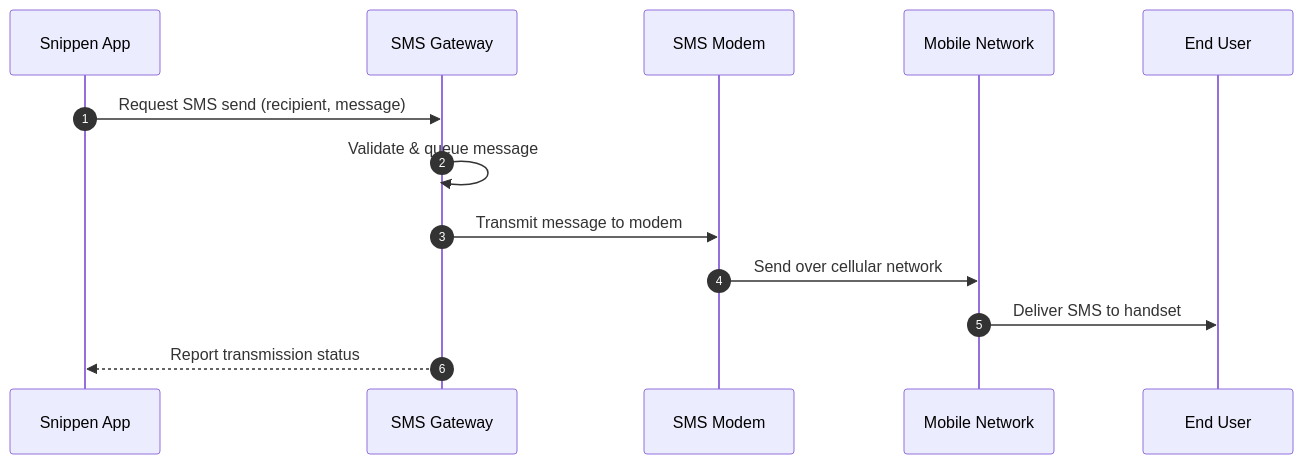
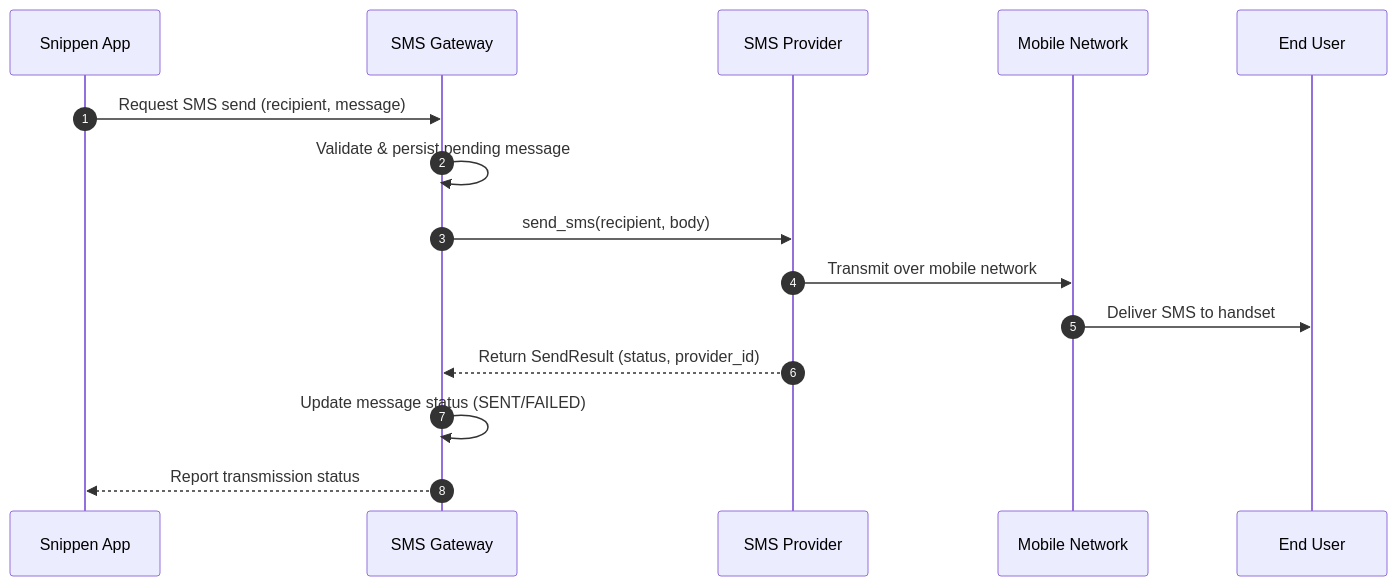
The third of 5 diagrams in docs/architecture.md (jonasfh/snippen-sms-service), drawn with Mermaid before and after one commit. The commit also changed other lines of this file and 10 other files, not shown here.

First line of the commit message:
(#6) Introduce SMS provider abstraction

````diff
--- a/docs/architecture.md
+++ b/docs/architecture.md
@@ -42,16 +97,18 @@
 ```mermaid
 sequenceDiagram
     autonumber
     participant App as Snippen App
     participant GW as SMS Gateway
-    participant Modem as SMS Modem
+    participant Provider as SMS Provider
     participant Carrier as Mobile Network
     participant User as End User
 
     App->>GW: Request SMS send (recipient, message)
-    GW->>GW: Validate & queue message
-    GW->>Modem: Transmit message to modem
-    Modem->>Carrier: Send over cellular network
+    GW->>GW: Validate & persist pending message
+    GW->>Provider: send_sms(recipient, body)
+    Provider->>Carrier: Transmit over mobile network
     Carrier->>User: Deliver SMS to handset
+    Provider-->>GW: Return SendResult (status, provider_id)
+    GW->>GW: Update message status (SENT/FAILED)
     GW-->>App: Report transmission status
 ```
````
